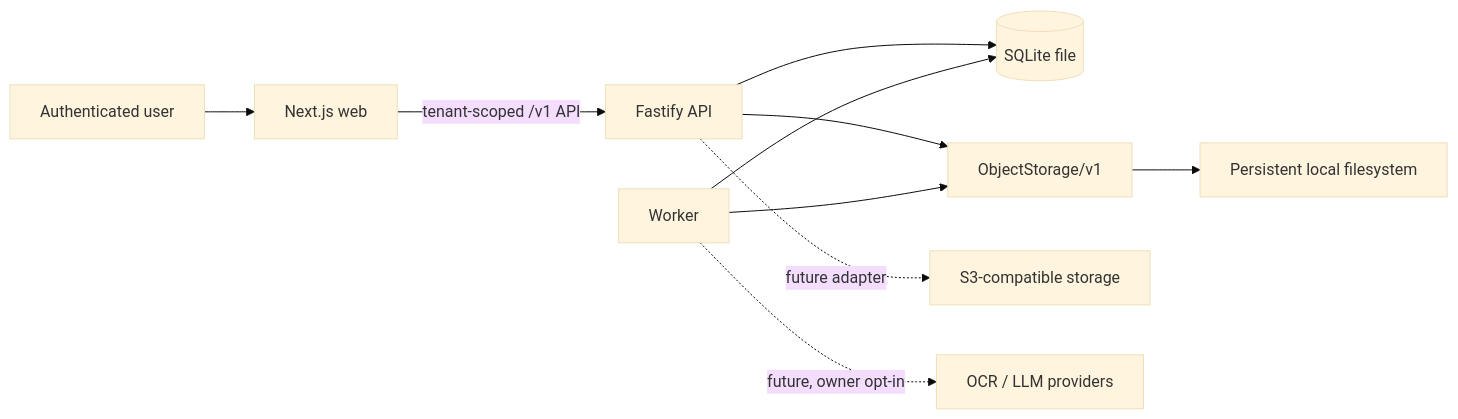
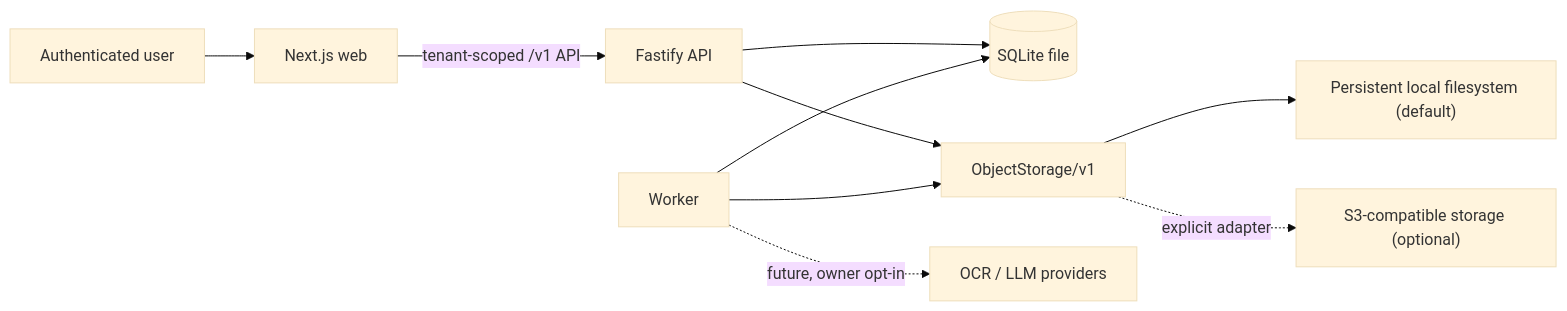
One commit to Braidner/veylta changed the first of 2 diagrams in docs/architecture.md. Above: the diagram before and after it, drawn with Mermaid (base theme). The commit also changed other lines of this file and 35 other files, not shown here.

Commit message:
feat: add encrypted S3-compatible object storage

````diff
--- a/docs/architecture.md
+++ b/docs/architecture.md
@@ -25,12 +27,12 @@
 ```mermaid
 flowchart LR
   U["Authenticated user"] --> W["Next.js web"]
   W -->|"tenant-scoped /v1 API"| A["Fastify API"]
   A --> P[("SQLite file")]
   A --> O["ObjectStorage/v1"]
   J["Worker"] --> P
   J --> O
-  O --> L["Persistent local filesystem"]
-  A -. "future adapter" .-> S["S3-compatible storage"]
+  O --> L["Persistent local filesystem (default)"]
+  O -. "explicit adapter" .-> S["S3-compatible storage (optional)"]
   J -. "future, owner opt-in" .-> X["OCR / LLM providers"]
 ```
````
